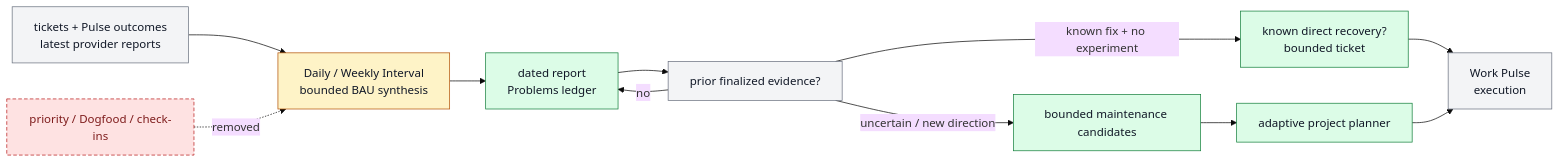
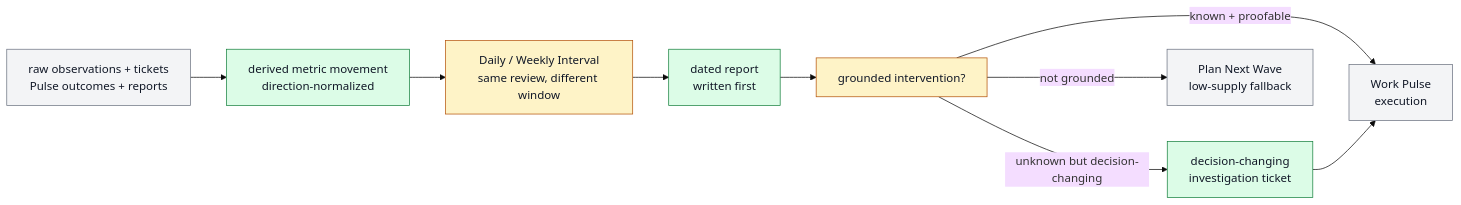
The diagram in docs/features/FEAT-0067-daily-interval-review-reports.md (ZanarkandTechnologies/Farplane), drawn with Mermaid (base theme) before and after one commit. The commit also changed other lines of this file and 374 other files, not shown here.

Commit message:
feat(interval): simplify metric-to-ticket control loop

````diff
--- a/docs/features/FEAT-0067-daily-interval-review-reports.md
+++ b/docs/features/FEAT-0067-daily-interval-review-reports.md
@@ -121,24 +132,21 @@
 ```mermaid
 flowchart LR
   classDef keep fill:#f3f4f6,stroke:#6b7280,color:#111827
   classDef changed fill:#fef3c7,stroke:#b45309,color:#111827
   classDef added fill:#dcfce7,stroke:#15803d,color:#111827
   classDef retired fill:#fee2e2,stroke:#b91c1c,color:#7f1d1d,stroke-dasharray: 5 3
 
-  evidence["tickets + Pulse outcomes<br/>latest provider reports"]:::keep
-  interval["Daily / Weekly Interval<br/>bounded BAU synthesis"]:::changed
-  report["dated report<br/>Problems ledger"]:::added
-  prior["prior finalized evidence?"]:::keep
-  maintenance["bounded maintenance candidates"]:::added
+  evidence["raw observations + tickets<br/>Pulse outcomes + reports"]:::keep
+  movement["derived metric movement<br/>direction-normalized"]:::added
+  interval["Daily / Weekly Interval<br/>same review, different window"]:::changed
+  report["dated report<br/>written first"]:::added
+  decision["grounded intervention?"]:::changed
+  investigation["decision-changing<br/>investigation ticket"]:::added
   pulse["Work Pulse<br/>execution"]:::keep
-  planning["priority / Dogfood / check-ins"]:::retired
+  refill["Plan Next Wave<br/>low-supply fallback"]:::keep
 
-  evidence --> interval --> report
-  report --> prior
-  planner["adaptive project planner"]:::added
-  recovery["known direct recovery?<br/>bounded ticket"]:::added
-  prior -->|"known fix + no experiment"| recovery --> pulse
-  prior -->|"uncertain / new direction"| maintenance --> planner --> pulse
-  prior -->|"no"| report
-  planning -. removed .-> interval
+  evidence --> movement --> interval --> report --> decision
+  decision -->|"known + proofable"| pulse
+  decision -->|"unknown but decision-changing"| investigation --> pulse
+  decision -->|"not grounded"| refill
 ```
````
